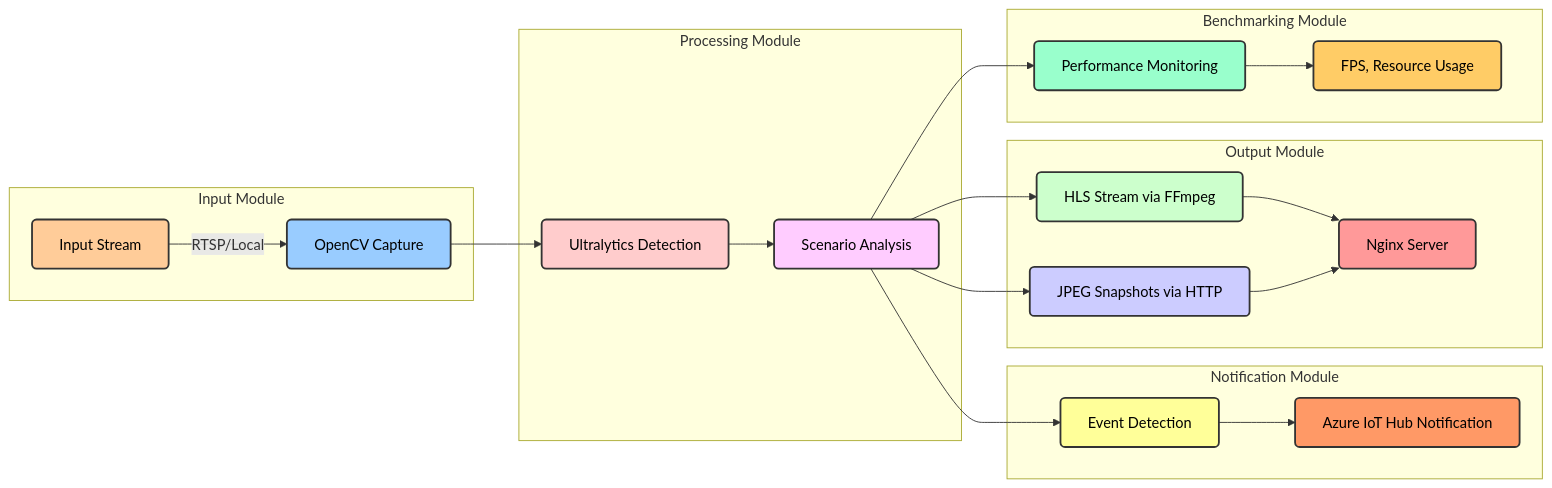
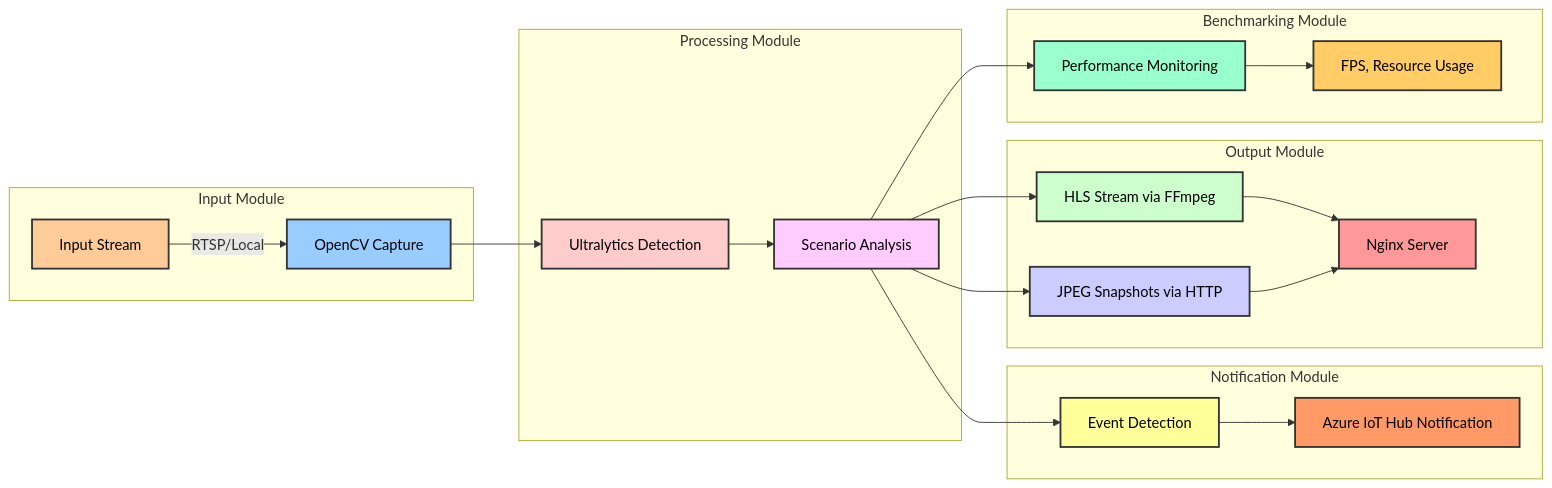
One commit to Insielspa/test changed the diagram in Writerside/topics/General-architecture.md. Above: the diagram before and after it, drawn with Mermaid. The commit also changed other lines of this file and 51 other files, not shown here.

````diff
--- a/Writerside/topics/General-architecture.md
+++ b/Writerside/topics/General-architecture.md
@@ -41,43 +41,40 @@
 ```mermaid
 graph LR
    subgraph Input Module
       A[Input Stream] -->|RTSP/Local| B[OpenCV Capture]
    end
 
    subgraph Processing Module
       B --> C[Ultralytics Detection]
       C --> D[Scenario Analysis]
    end
 
    subgraph Notification Module
       D --> E[Event Detection]
       E --> F[Azure IoT Hub Notification]
    end
 
    subgraph Output Module
       D --> G[HLS Stream via FFmpeg]
       D --> H[JPEG Snapshots via HTTP]
       G --> I[Nginx Server]
       H --> I[Nginx Server]
    end
 
    subgraph Benchmarking Module
       D --> J[Performance Monitoring]
       J --> K[FPS, Resource Usage]
    end
 
-   style A fill:#ffcc99,stroke:#333,stroke-width:2px,rx:5,ry:5
-   style B fill:#99ccff,stroke:#333,stroke-width:2px,rx:5,ry:5
-   style C fill:#ffcccc,stroke:#333,stroke-width:2px,rx:5,ry:5
-   style D fill:#ffccff,stroke:#333,stroke-width:2px,rx:5,ry:5
-   style E fill:#ffff99,stroke:#333,stroke-width:2px,rx:5,ry:5
-   style F fill:#ff9966,stroke:#333,stroke-width:2px,rx:5,ry:5
-   style G fill:#ccffcc,stroke:#333,stroke-width:2px,rx:5,ry:5
-   style H fill:#ccccff,stroke:#333,stroke-width:2px,rx:5,ry:5
-   style I fill:#ff9999,stroke:#333,stroke-width:2px,rx:5,ry:5
-   style J fill:#99ffcc,stroke:#333,stroke-width:2px,rx:5,ry:5
-   style K fill:#ffcc66,stroke:#333,stroke-width:2px,rx:5,ry:5
-
-   classDef blackText fill:none,stroke:none,font-size:16px,color:#000;
-   class A,B,C,D,E,F,G,H,I,J,K blackText;
+style A fill:#ffcc99,stroke:#333,stroke-width:2px,color:#000
+style B fill:#99ccff,stroke:#333,stroke-width:2px,color:#000
+style C fill:#ffcccc,stroke:#333,stroke-width:2px,color:#000
+style D fill:#ffccff,stroke:#333,stroke-width:2px,color:#000
+style E fill:#ffff99,stroke:#333,stroke-width:2px,color:#000
+style F fill:#ff9966,stroke:#333,stroke-width:2px,color:#000
+style G fill:#ccffcc,stroke:#333,stroke-width:2px,color:#000
+style H fill:#ccccff,stroke:#333,stroke-width:2px,color:#000
+style I fill:#ff9999,stroke:#333,stroke-width:2px,color:#000
+style J fill:#99ffcc,stroke:#333,stroke-width:2px,color:#000
+style K fill:#ffcc66,stroke:#333,stroke-width:2px,color:#000
 ```
````
